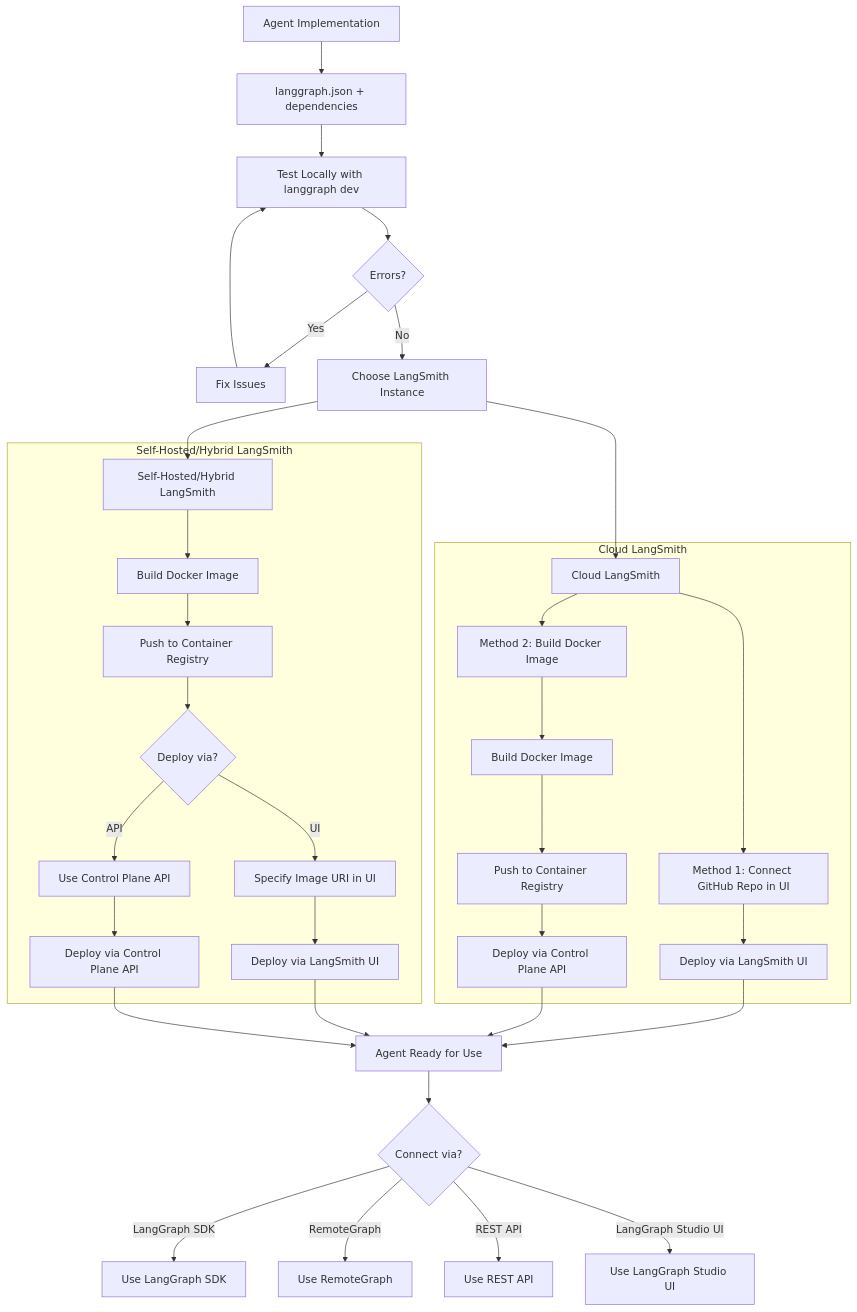
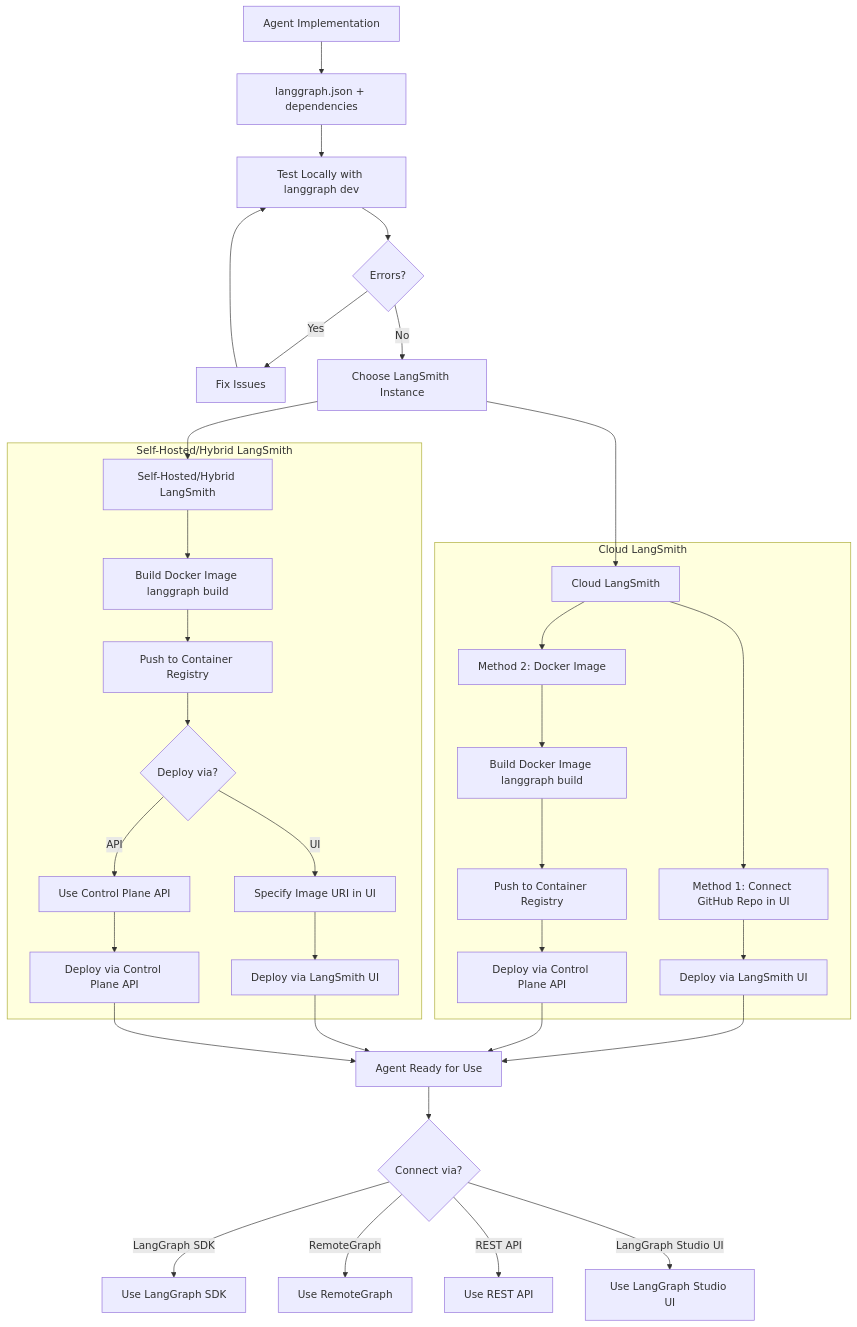
The first of 2 diagrams in README.md (avirath-kumar/cicd-pipeline-example), drawn with Mermaid before and after one commit.

Commit message:
docs: fixed diagram langgraph build

````diff
--- a/README.md
+++ b/README.md
@@ -236,42 +236,42 @@
 ```mermaid
 graph TD
     A[Agent Implementation] --> B[langgraph.json + dependencies]
     B --> C[Test Locally with langgraph dev]
     C --> D{Errors?}
     D -->|Yes| E[Fix Issues]
     E --> C
     D -->|No| F[Choose LangSmith Instance]
 
     F --> G[Cloud LangSmith]
     F --> H[Self-Hosted/Hybrid LangSmith]
 
     subgraph "Cloud LangSmith"
         G --> I[Method 1: Connect GitHub Repo in UI]
-        G --> J[Method 2: Build Docker Image]
+        G --> J[Method 2: Docker Image]
         I --> K[Deploy via LangSmith UI]
-        J --> L[Build Docker Image]
+        J --> L[Build Docker Image langgraph build]
         L --> M[Push to Container Registry]
         M --> N[Deploy via Control Plane API]
     end
 
     subgraph "Self-Hosted/Hybrid LangSmith"
-        H --> S[Build Docker Image]
+        H --> S[Build Docker Image langgraph build]
         S --> T[Push to Container Registry]
         T --> U{Deploy via?}
         U -->|UI| V[Specify Image URI in UI]
         U -->|API| W[Use Control Plane API]
         V --> X[Deploy via LangSmith UI]
         W --> Y[Deploy via Control Plane API]
     end
 
     K --> AA[Agent Ready for Use]
     N --> AA
     X --> AA
     Y --> AA
 
     AA --> BB{Connect via?}
     BB -->|LangGraph SDK| CC[Use LangGraph SDK]
     BB -->|RemoteGraph| DD[Use RemoteGraph]
     BB -->|REST API| EE[Use REST API]
     BB -->|LangGraph Studio UI| FF[Use LangGraph Studio UI]
 ```
````
